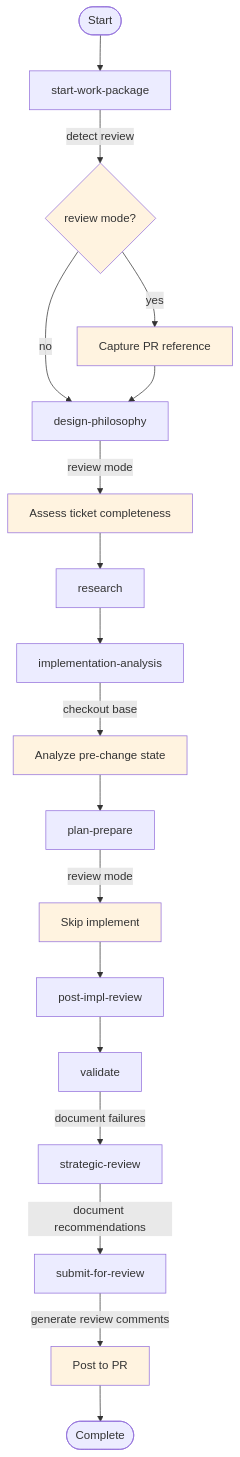
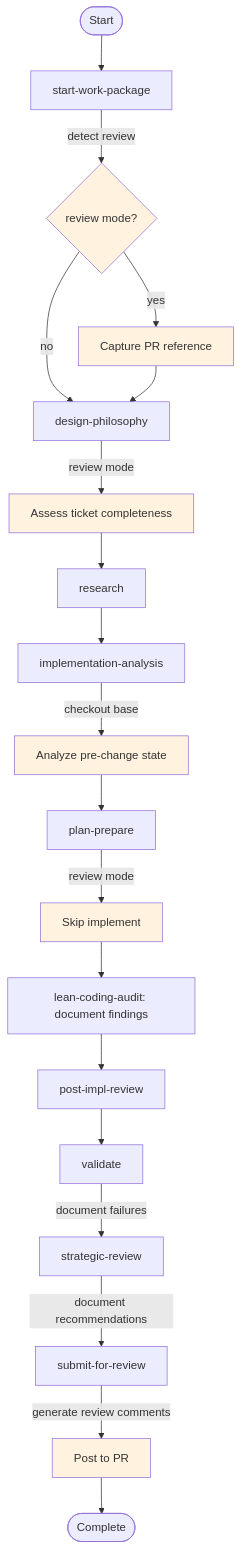
The diagram in work-package/REVIEW-MODE.md (m2ux/workflow-server), drawn with Mermaid before and after one commit. The commit also changed other lines of this file and 1 other file, not shown here.

Commit message:
docs(work-package): document lean-coding-audit in review-mode docs
The README review-mode flow + override table and REVIEW-MODE.md flow, key-differences, and overrides tables omitted the new lean-coding-audit activity. In review mode the activity runs read-only (over-engineering review, debt harvest, gain report) with the apply checkpoint and simplification-apply-cycle gated out, so it belongs in the review-mode flow between the skipped implement and post-impl-review. Aligns these surfaces with resources/review-mode.md and activities/README.md.

````diff
--- a/work-package/REVIEW-MODE.md
+++ b/work-package/REVIEW-MODE.md
@@ -69,33 +69,34 @@
 ```mermaid
 graph TD
     Start([Start]) --> IM[start-work-package]
     IM -->|detect review| DETECT{review mode?}
     
     DETECT -->|yes| CAPTURE[Capture PR reference]
     DETECT -->|no| DP
     
     CAPTURE --> DP[design-philosophy]
     DP -->|review mode| TICKET[Assess ticket completeness]
     TICKET --> RS[research]
     
     RS --> IA[implementation-analysis]
     IA -->|checkout base| BASELINE[Analyze pre-change state]
     BASELINE --> PP[plan-prepare]
     
     PP -->|review mode| SKIP_IMP[Skip implement]
-    SKIP_IMP --> PIR[post-impl-review]
+    SKIP_IMP --> LCA[lean-coding-audit: document findings]
+    LCA --> PIR[post-impl-review]
     
     PIR --> VAL[validate]
     VAL -->|document failures| SR[strategic-review]
     
     SR -->|document recommendations| UPR[submit-for-review]
     UPR -->|generate review comments| POST[Post to PR]
     POST --> Done([Complete])
     
     style DETECT fill:#fff3e0
     style CAPTURE fill:#fff3e0
     style TICKET fill:#fff3e0
     style BASELINE fill:#fff3e0
     style SKIP_IMP fill:#fff3e0
     style POST fill:#fff3e0
 ```
````
